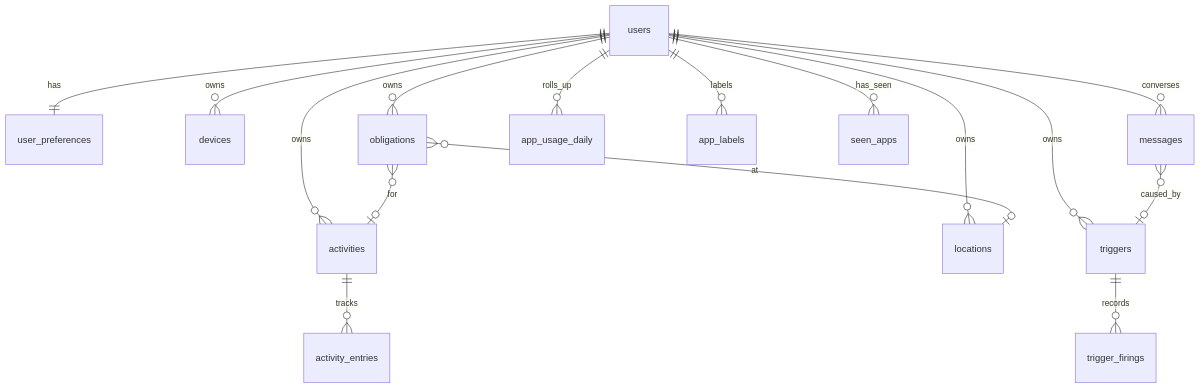
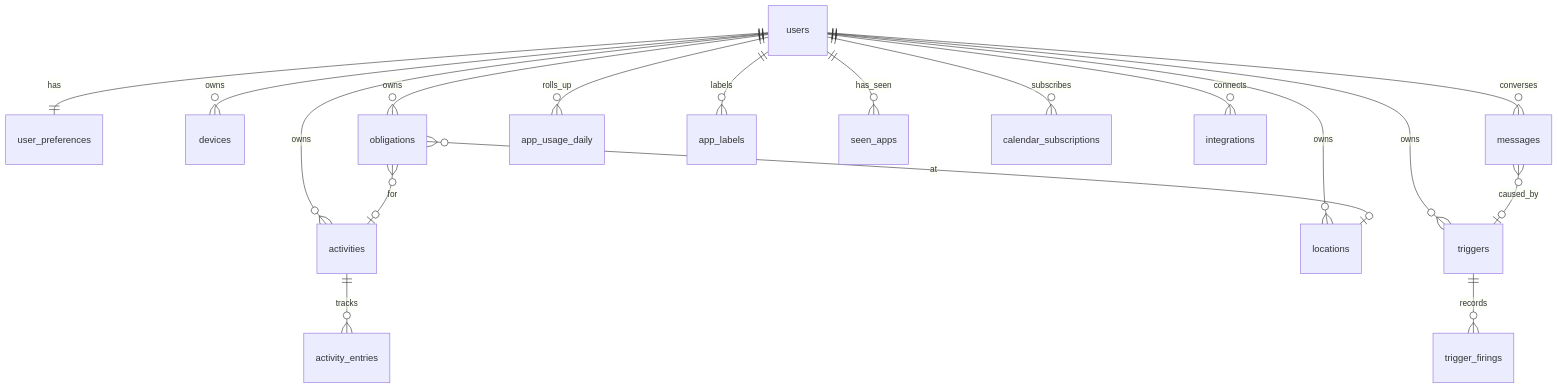
The diagram in backend/docs/data-model.md (hadiahmad06/jiko), drawn with Mermaid before and after one commit. The commit also changed other lines of this file and 41 other files, not shown here.

````diff
--- a/backend/docs/data-model.md
+++ b/backend/docs/data-model.md
@@ -5,18 +5,20 @@
 ```mermaid
 erDiagram
     users ||--|| user_preferences : has
     users ||--o{ devices : owns
     users ||--o{ activities : owns
     activities ||--o{ activity_entries : tracks
     users ||--o{ locations : owns
     users ||--o{ obligations : owns
     obligations }o--o| locations : at
     obligations }o--o| activities : for
     users ||--o{ triggers : owns
     triggers ||--o{ trigger_firings : records
     users ||--o{ messages : converses
     messages }o--o| triggers : caused_by
     users ||--o{ app_usage_daily : rolls_up
     users ||--o{ app_labels : labels
     users ||--o{ seen_apps : has_seen
+    users ||--o{ calendar_subscriptions : subscribes
+    users ||--o{ integrations : connects
 ```
````
